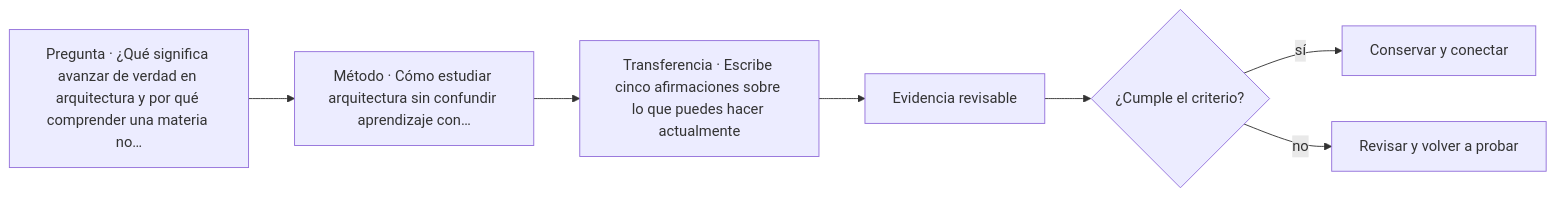
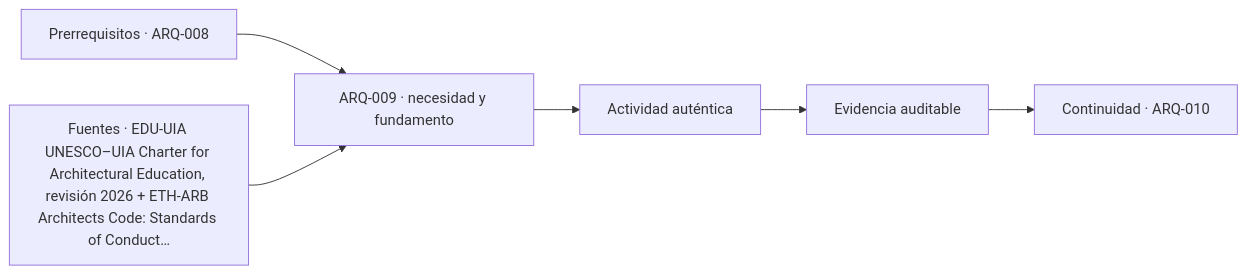
One commit to vladimiracunadev-create/architecture-built-environment-learning-program changed the diagram in classes/parte-01/ARQ-009.md. Above: the diagram before and after it, drawn with Mermaid. The commit also changed other lines of this file and 761 other files, not shown here.

````diff
--- a/classes/parte-01/ARQ-009.md
+++ b/classes/parte-01/ARQ-009.md
@@ -113,9 +125,8 @@
 ```mermaid
 flowchart LR
-    Q["Pregunta · ¿Qué significa avanzar de verdad en arquitectura y por qué comprender una materia no…"] --> M["Método · Cómo estudiar arquitectura sin confundir aprendizaje con…"]
-    M --> P["Transferencia · Escribe cinco afirmaciones sobre lo que puedes hacer actualmente"]
-    P --> E["Evidencia revisable"]
-    E --> C{"¿Cumple el criterio?"}
-    C -->|sí| T["Conservar y conectar"]
-    C -->|no| R["Revisar y volver a probar"]
+    A["Prerrequisitos · ARQ-008"] --> B["ARQ-009 · necesidad y fundamento"]
+    S["Fuentes · EDU-UIA UNESCO–UIA Charter for Architectural Education, revisión 2026 + ETH-ARB Architects Code: Standards of Conduct…"] --> B
+    B --> C["Actividad auténtica"]
+    C --> D["Evidencia auditable"]
+    D --> E["Continuidad · ARQ-010"]
 ```
````
